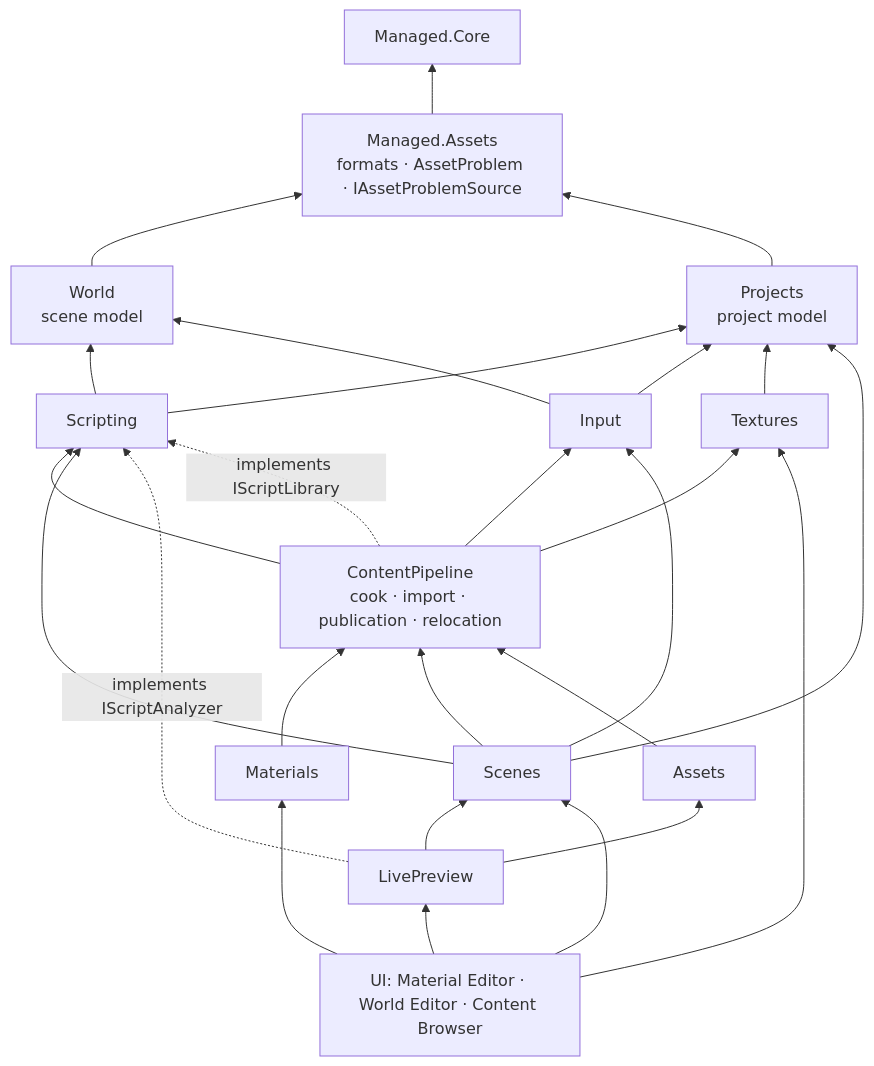
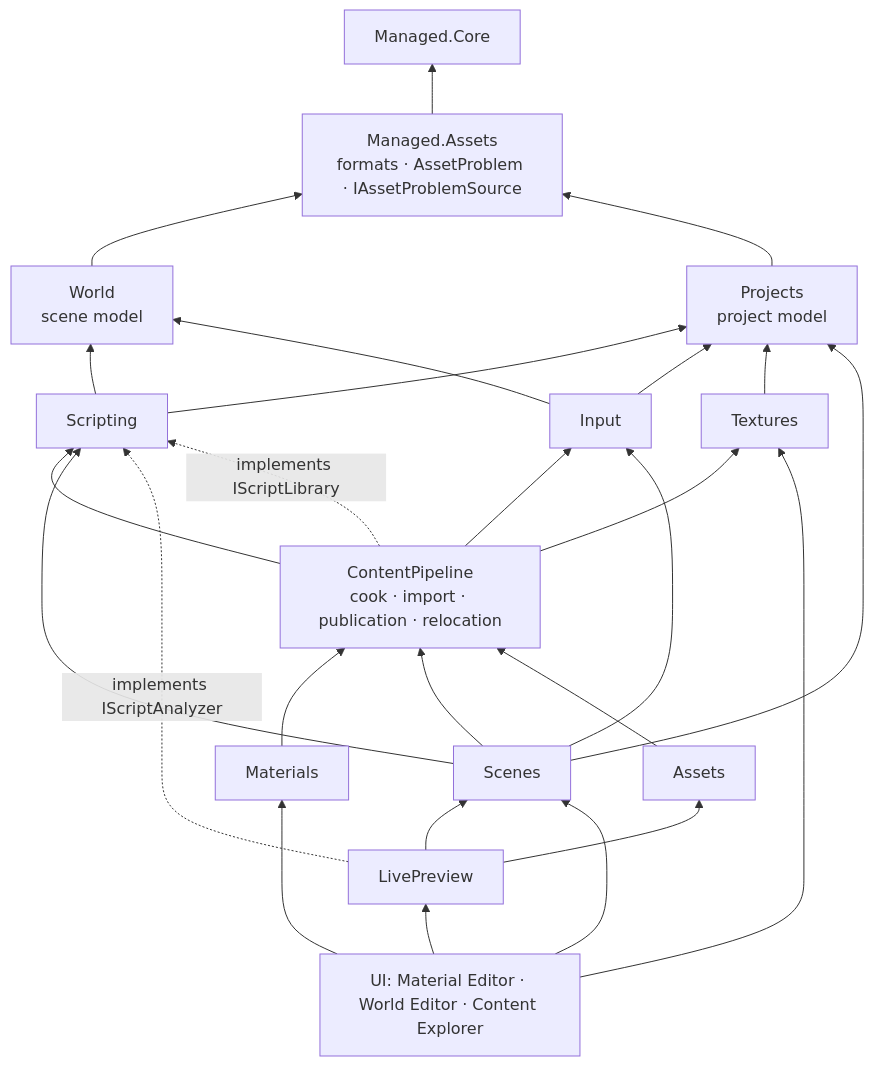
Before and after one commit to abdes/DroidNet: the first of 4 diagrams in design/editor/lld/asset-family-modules.md, drawn with Mermaid. The commit also changed other lines of this file and 335 other files, not shown here.

````diff
--- a/design/editor/lld/asset-family-modules.md
+++ b/design/editor/lld/asset-family-modules.md
@@ -173,43 +173,43 @@
 ```mermaid
 flowchart BT
     MC["Managed.Core"]
     MA["Managed.Assets<br/>formats · AssetProblem · IAssetProblemSource"]
     W["World<br/>scene model"]
     PR["Projects<br/>project model"]
     SCR["Scripting"]
     INP["Input"]
     TEX["Textures"]
     CP["ContentPipeline<br/>cook · import · publication · relocation"]
     MAT["Materials"]
     SC["Scenes"]
     AS["Assets"]
     LP["LivePreview"]
-    UI["UI: Material Editor · World Editor · Content Browser"]
+    UI["UI: Material Editor · World Editor · Content Explorer"]
 
     MA --> MC
     W --> MA
     PR --> MA
     SCR --> W
     SCR --> PR
     INP --> W
     INP --> PR
     TEX --> PR
     CP --> SCR
     CP --> INP
     CP --> TEX
     MAT --> CP
     SC --> CP
     SC --> SCR
     SC --> INP
     SC --> PR
     AS --> CP
     LP --> SC
     LP --> AS
     LP -.->|"implements IScriptAnalyzer"| SCR
     CP -.->|"implements IScriptLibrary"| SCR
     UI --> MAT
     UI --> SC
     UI --> LP
     UI --> TEX
 
 ```
````
